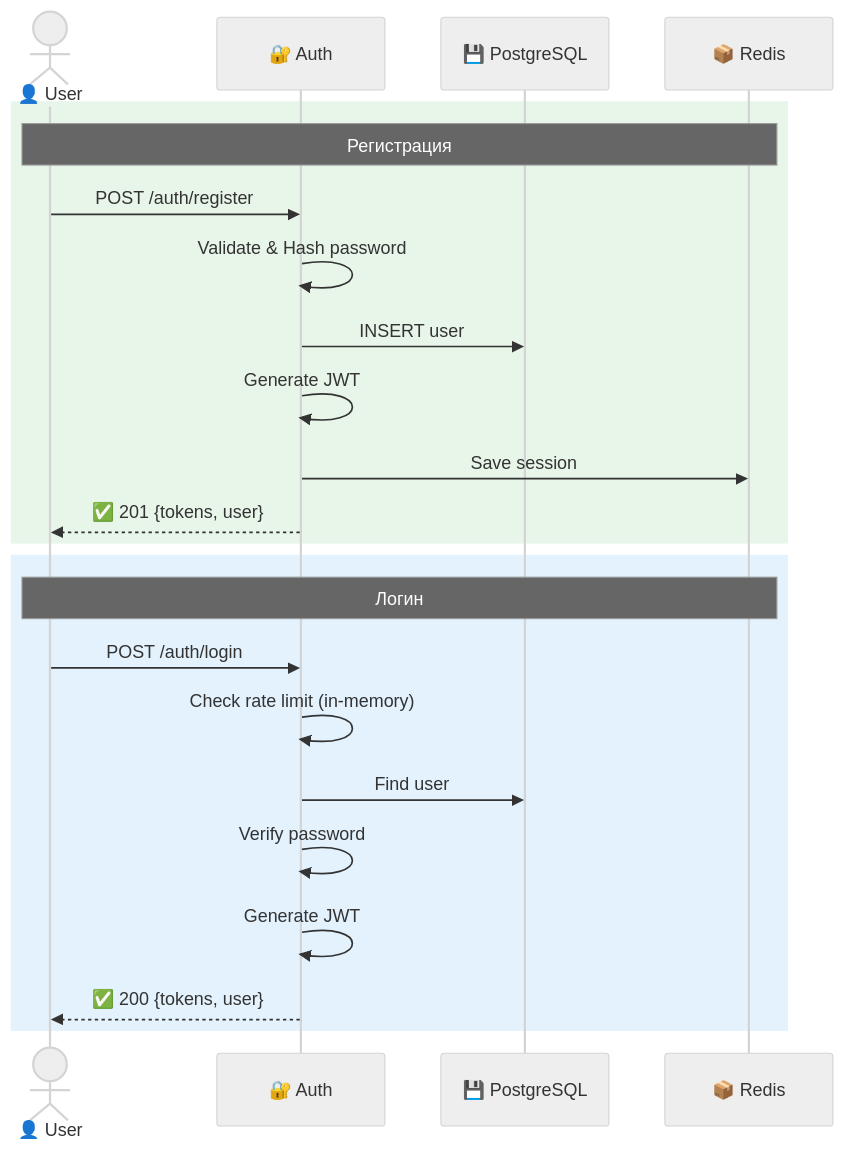
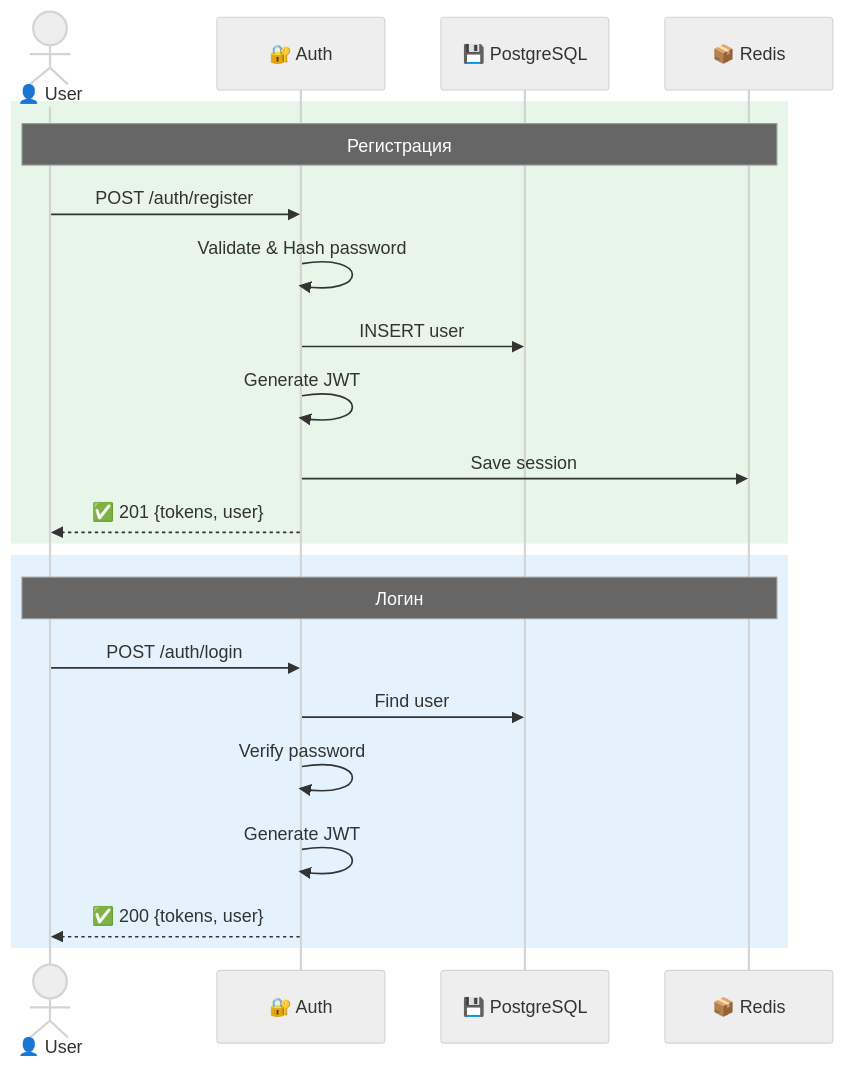
The eighth of 28 diagrams in README.md (Bityta/sigame-project), drawn with Mermaid (neutral theme) before and after one commit. The commit also changed other lines of this file, not shown here.

````diff
--- a/README.md
+++ b/README.md
@@ -592,27 +592,26 @@
 ```mermaid
 sequenceDiagram
     actor U as 👤 User
     participant A as 🔐 Auth
     participant DB as 💾 PostgreSQL
     participant R as 📦 Redis
 
     rect rgb(232, 245, 233)
         Note over U,R: Регистрация
         U->>A: POST /auth/register
         A->>A: Validate & Hash password
         A->>DB: INSERT user
         A->>A: Generate JWT
         A->>R: Save session
         A-->>U: ✅ 201 {tokens, user}
     end
 
     rect rgb(227, 242, 253)
         Note over U,R: Логин
         U->>A: POST /auth/login
-        A->>A: Check rate limit (in-memory)
         A->>DB: Find user
         A->>A: Verify password
         A->>A: Generate JWT
         A-->>U: ✅ 200 {tokens, user}
     end
 ```
````
